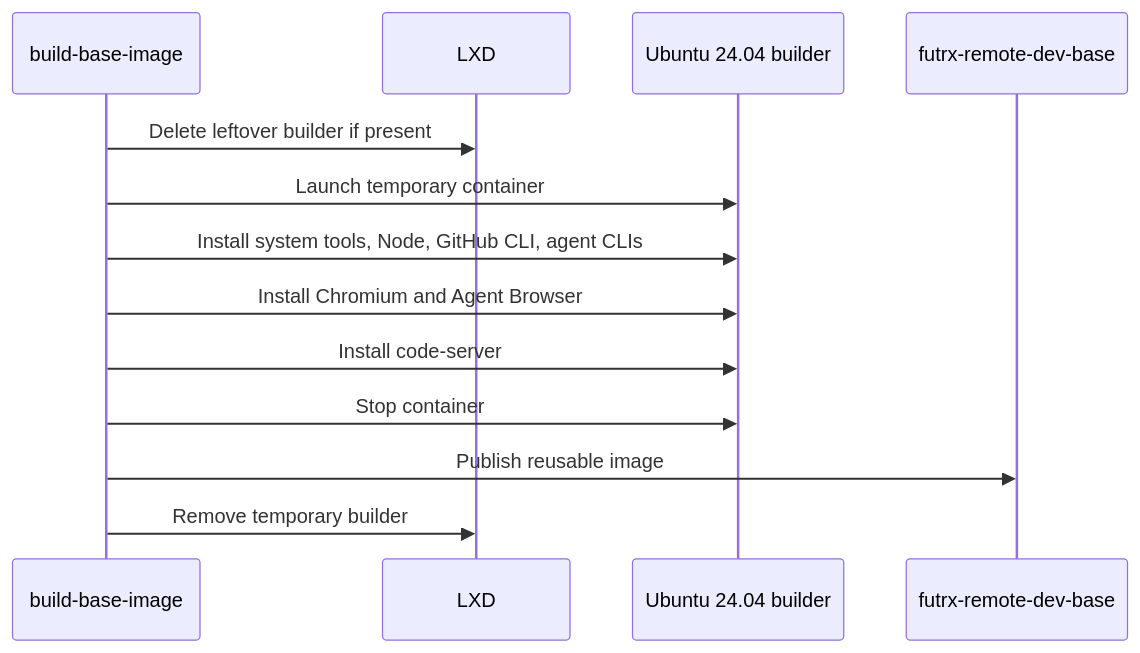
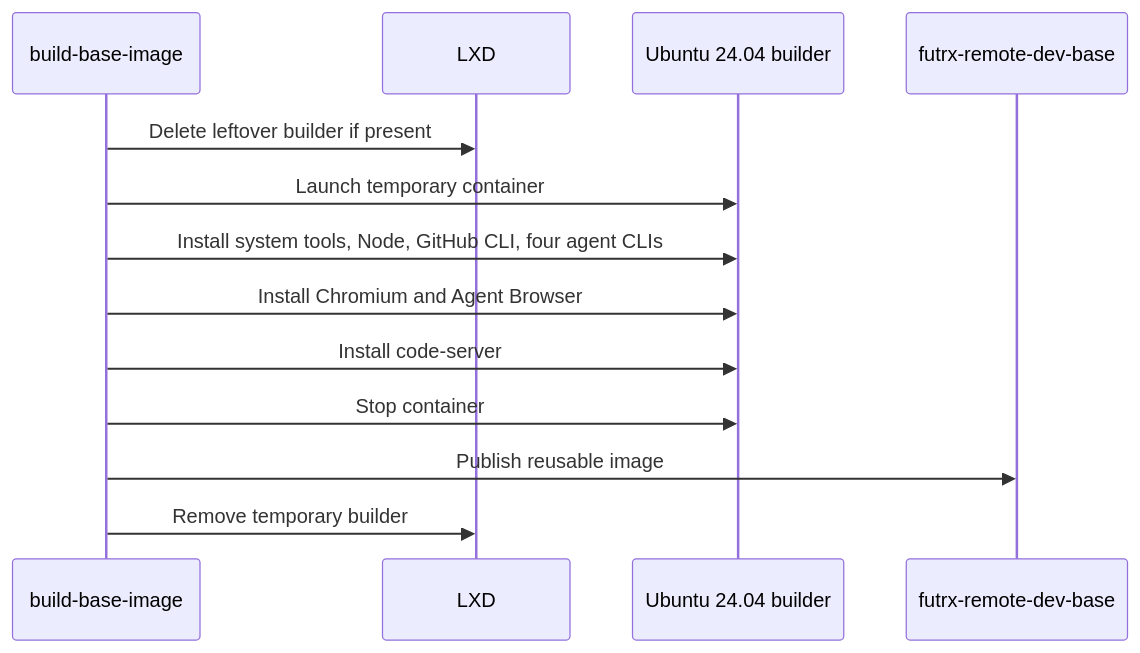
One commit to AbdallahMohamedDotnet/remote.futrx changed the fourth of 6 diagrams in docs/04-operations/09-deployment-and-operations.md. Above: the diagram before and after it, drawn with Mermaid. The commit also changed other lines of this file and 25 other files, not shown here.

````diff
--- a/docs/04-operations/09-deployment-and-operations.md
+++ b/docs/04-operations/09-deployment-and-operations.md
@@ -72,16 +72,16 @@
 ```mermaid
 sequenceDiagram
     participant Builder as build-base-image
     participant LXD
     participant Ubuntu as Ubuntu 24.04 builder
     participant Alias as futrx-remote-dev-base
 
     Builder->>LXD: Delete leftover builder if present
     Builder->>Ubuntu: Launch temporary container
-    Builder->>Ubuntu: Install system tools, Node, GitHub CLI, agent CLIs
+    Builder->>Ubuntu: Install system tools, Node, GitHub CLI, four agent CLIs
     Builder->>Ubuntu: Install Chromium and Agent Browser
     Builder->>Ubuntu: Install code-server
     Builder->>Ubuntu: Stop container
     Builder->>Alias: Publish reusable image
     Builder->>LXD: Remove temporary builder
 ```
````
